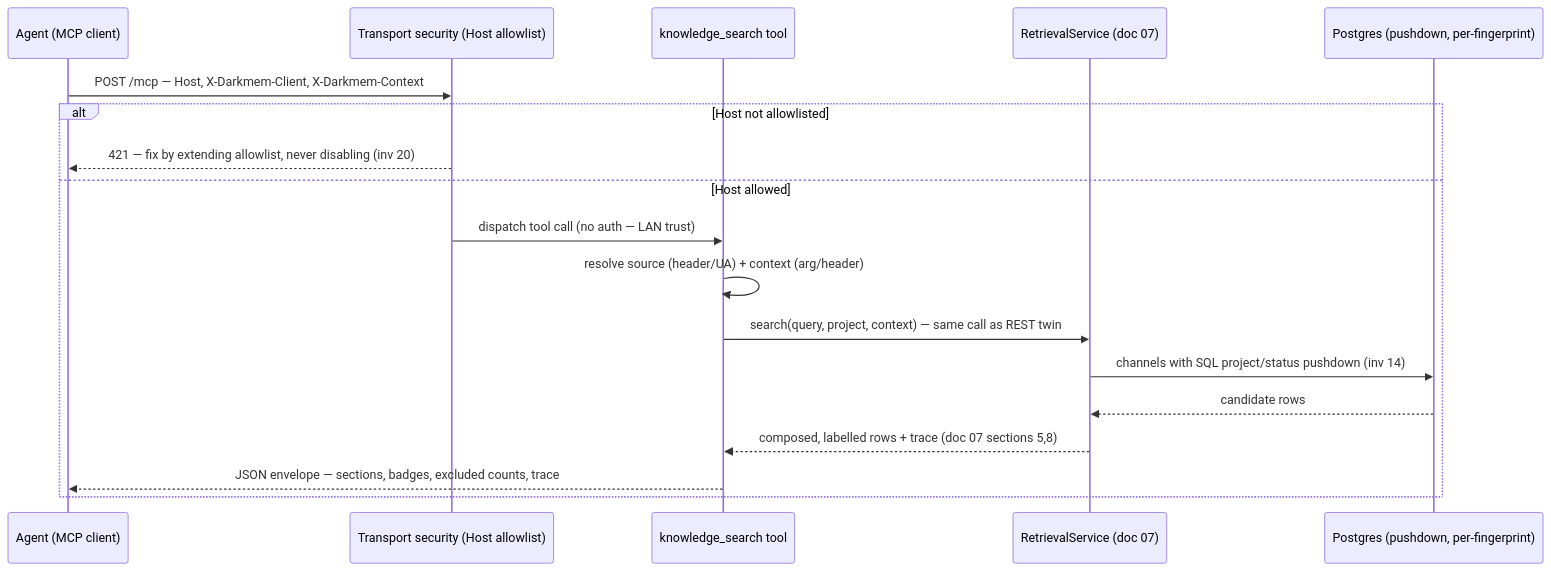
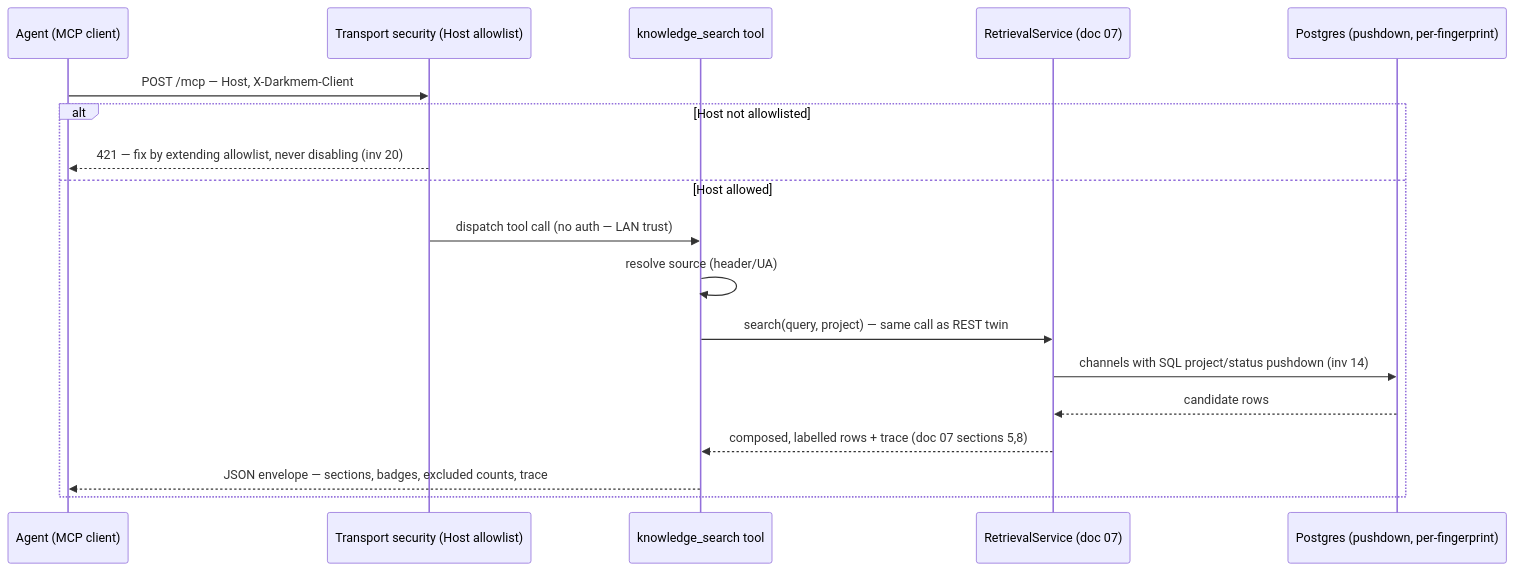
The third of 8 diagrams in docs/design/12-api-and-mcp-contract.md (darkraise/darkmem), drawn with Mermaid before and after one commit. The commit also changed other lines of this file and 16 other files, not shown here.

````diff
--- a/docs/design/12-api-and-mcp-contract.md
+++ b/docs/design/12-api-and-mcp-contract.md
@@ -265,21 +263,21 @@
 ```mermaid
 sequenceDiagram
     participant A as Agent (MCP client)
     participant T as Transport security (Host allowlist)
     participant Tool as knowledge_search tool
     participant Svc as RetrievalService (doc 07)
     participant DB as Postgres (pushdown, per-fingerprint)
 
-    A->>T: POST /mcp — Host, X-Darkmem-Client, X-Darkmem-Context
+    A->>T: POST /mcp — Host, X-Darkmem-Client
     alt Host not allowlisted
         T-->>A: 421 — fix by extending allowlist, never disabling (inv 20)
     else Host allowed
         T->>Tool: dispatch tool call (no auth — LAN trust)
-        Tool->>Tool: resolve source (header/UA) + context (arg/header)
-        Tool->>Svc: search(query, project, context) — same call as REST twin
+        Tool->>Tool: resolve source (header/UA)
+        Tool->>Svc: search(query, project) — same call as REST twin
         Svc->>DB: channels with SQL project/status pushdown (inv 14)
         DB-->>Svc: candidate rows
         Svc-->>Tool: composed, labelled rows + trace (doc 07 sections 5,8)
         Tool-->>A: JSON envelope — sections, badges, excluded counts, trace
     end
 ```
````
